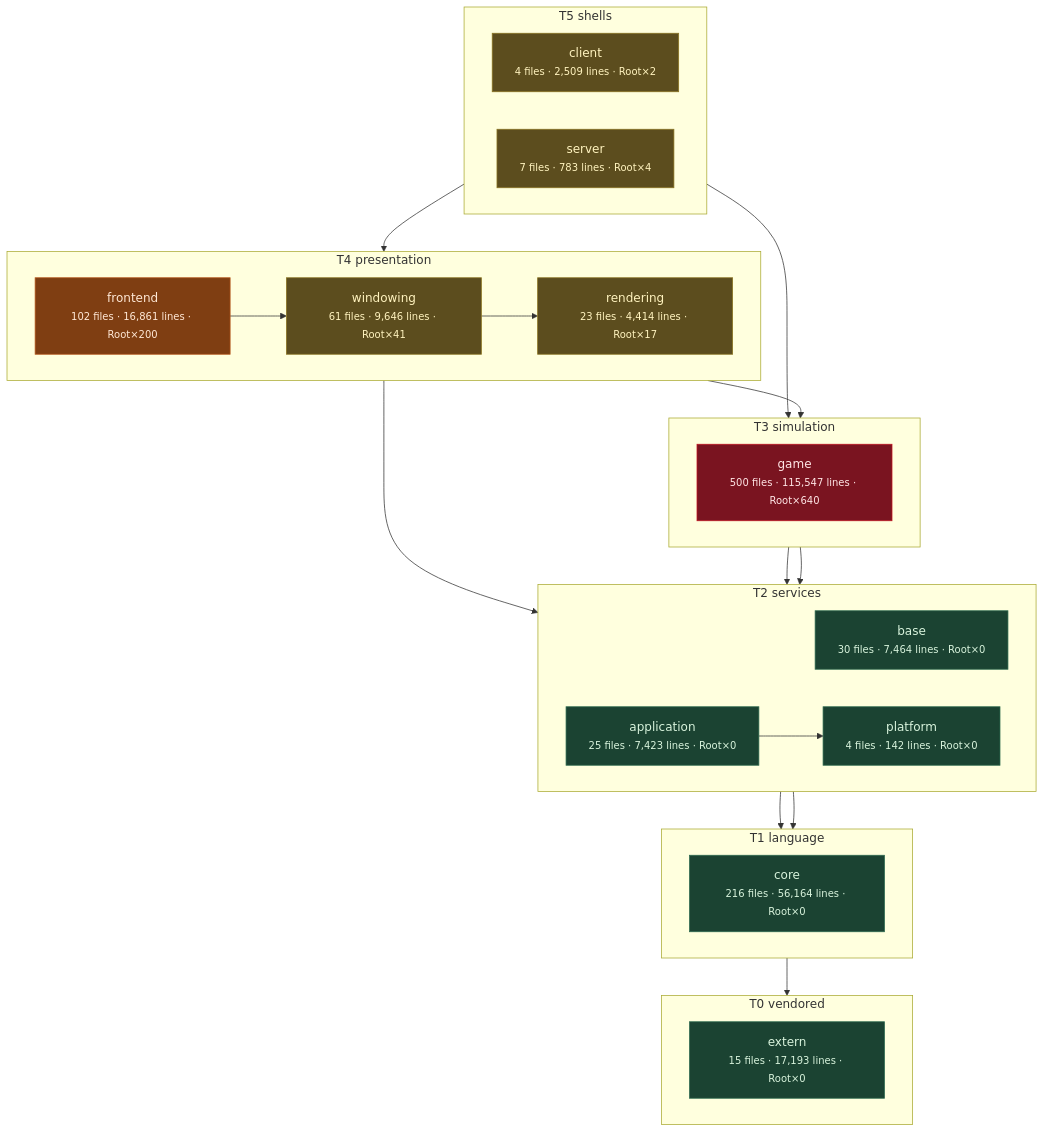
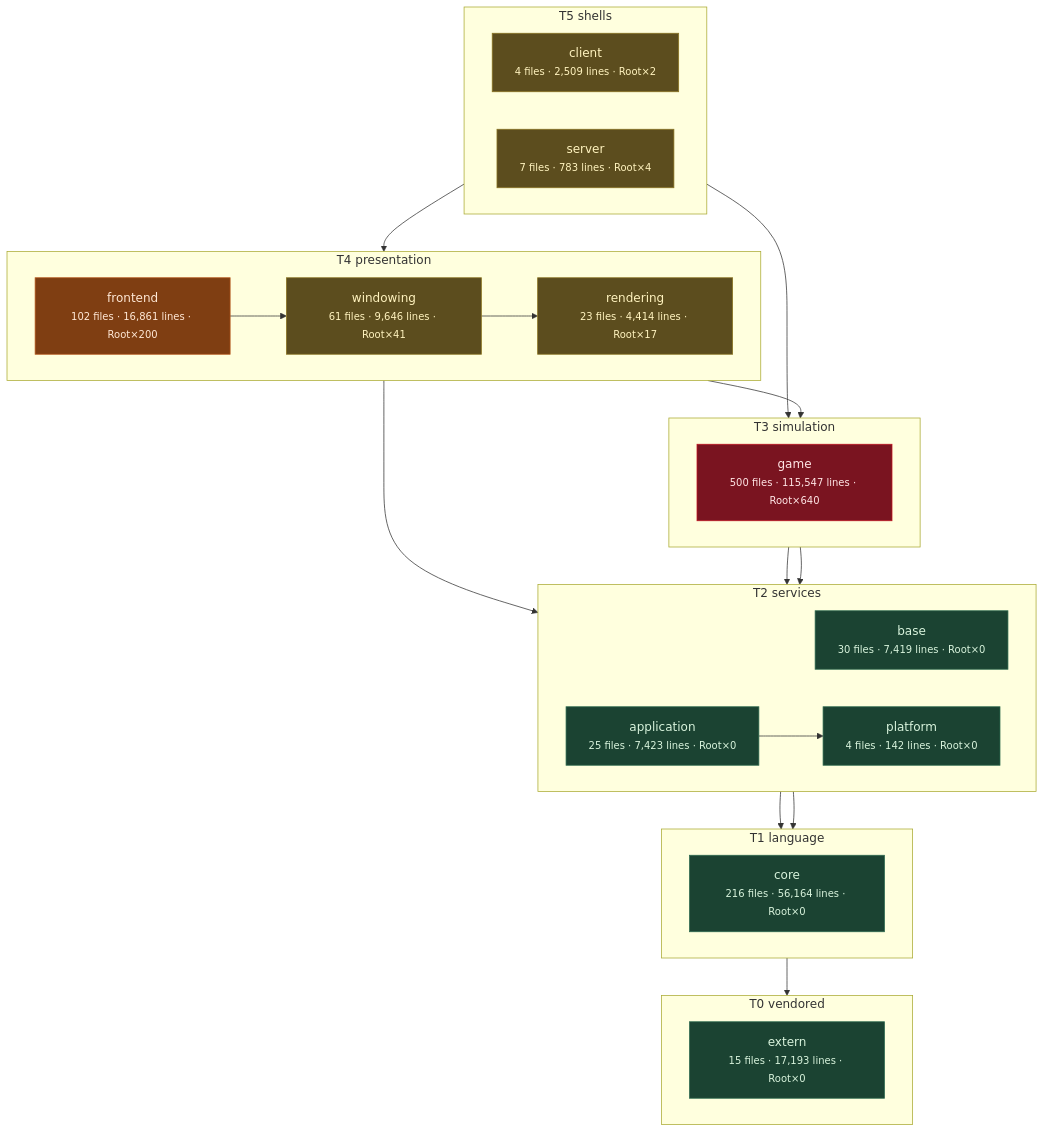
Before and after one commit to apnex/OpenStarbound: the third of 11 diagrams in docs/architecture/system-boundaries.md, drawn with Mermaid. The commit also changed other lines of this file and 2 other files, not shown here.

````diff
--- a/docs/architecture/system-boundaries.md
+++ b/docs/architecture/system-boundaries.md
@@ -270,52 +270,52 @@
 ```mermaid
 flowchart TD
   subgraph T0["T0 vendored"]
     direction LR
     extern["extern<br/><small>15 files · 17,193 lines · Root×0</small>"]
   end
   subgraph T1["T1 language"]
     direction LR
     core["core<br/><small>216 files · 56,164 lines · Root×0</small>"]
   end
   subgraph T2["T2 services"]
     direction LR
-    base["base<br/><small>30 files · 7,464 lines · Root×0</small>"]
+    base["base<br/><small>30 files · 7,419 lines · Root×0</small>"]
     platform["platform<br/><small>4 files · 142 lines · Root×0</small>"]
     application["application<br/><small>25 files · 7,423 lines · Root×0</small>"]
   end
   subgraph T3["T3 simulation"]
     direction LR
     game["game<br/><small>500 files · 115,547 lines · Root×640</small>"]
   end
   subgraph T4["T4 presentation"]
     direction LR
     rendering["rendering<br/><small>23 files · 4,414 lines · Root×17</small>"]
     windowing["windowing<br/><small>61 files · 9,646 lines · Root×41</small>"]
     frontend["frontend<br/><small>102 files · 16,861 lines · Root×200</small>"]
   end
   subgraph T5["T5 shells"]
     direction LR
     client["client<br/><small>4 files · 2,509 lines · Root×2</small>"]
     server["server<br/><small>7 files · 783 lines · Root×4</small>"]
   end
   core --> extern
   base --> core
   platform --> core
   application --> platform
   game --> base
   game --> platform
   rendering --> application
   rendering --> game
   windowing --> rendering
   frontend --> windowing
   client --> frontend
   server --> game
   classDef clean fill:#1b4332,stroke:#2d6a4f,color:#d8f3dc
   classDef warm  fill:#5c4d1e,stroke:#8a7420,color:#fff3bf
   classDef hot   fill:#7f3e12,stroke:#b5561b,color:#ffe8d6
   classDef blaze fill:#7a1420,stroke:#c1121f,color:#ffe5e5
   class extern,core,base,platform,application clean
   class rendering,windowing,client,server warm
   class frontend hot
   class game blaze
 ```
````
